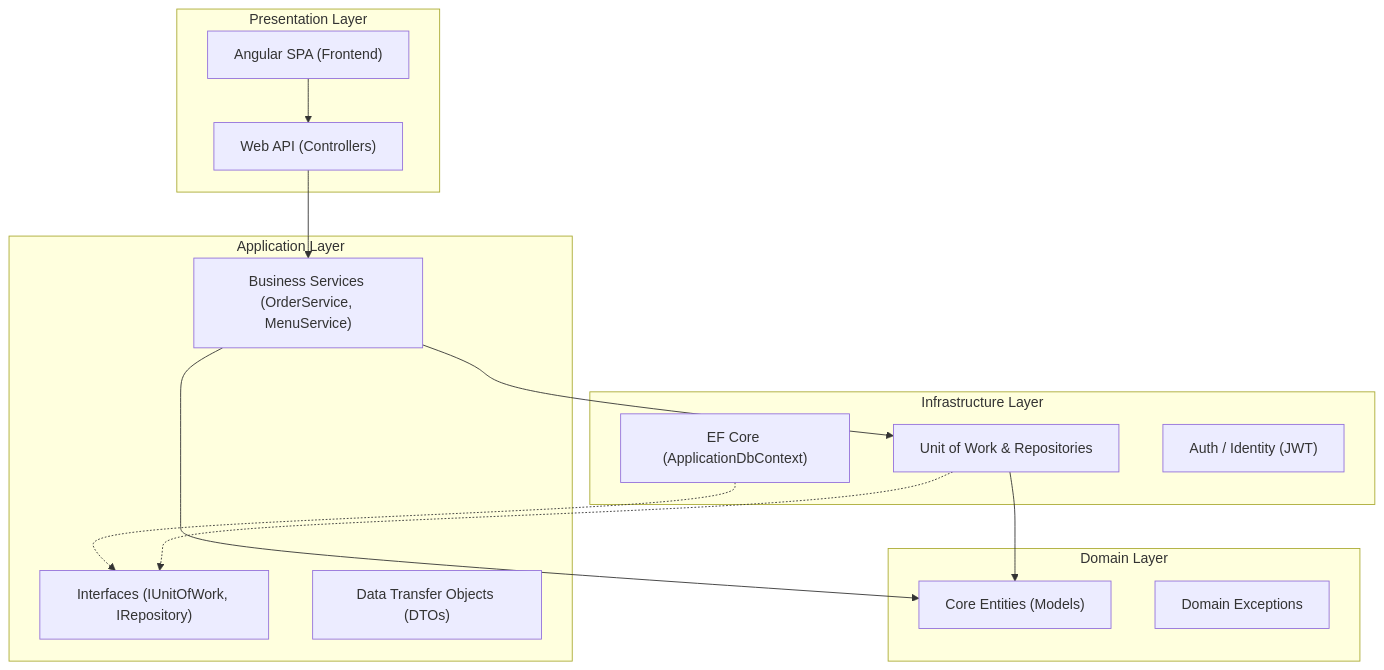
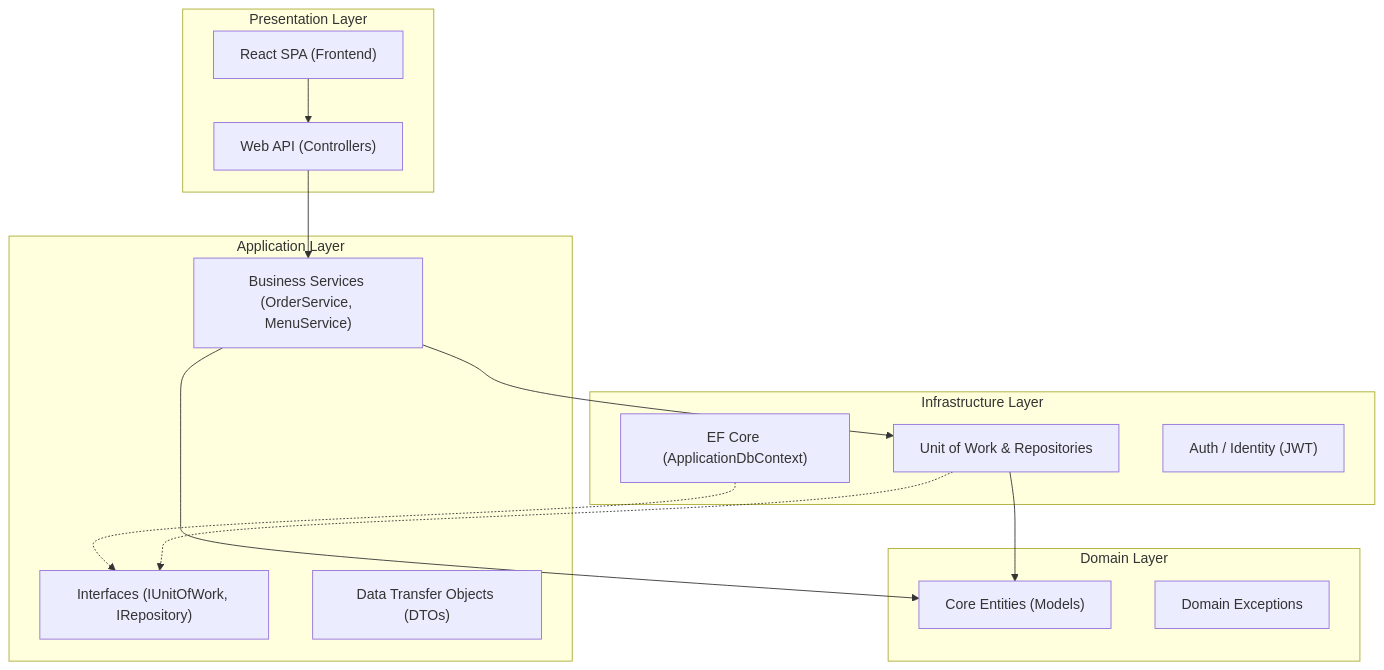
One commit to shams909/Restaurant-management-system changed the fourth of 6 diagrams in FINAL_MASTER_DOCUMENTATION.md. Above: the diagram before and after it, drawn with Mermaid. The commit also changed other lines of this file, not shown here.

Commit message:
docs: update architecture documentation to reflect transition from Angular to React and condense project timeline to 8 weeks

````diff
--- a/FINAL_MASTER_DOCUMENTATION.md
+++ b/FINAL_MASTER_DOCUMENTATION.md
@@ -136,32 +136,32 @@
 ```mermaid
 graph TD
     subgraph PresentationLayer [Presentation Layer]
-        UI["Angular SPA (Frontend)"]
+        UI["React SPA (Frontend)"]
         API["Web API (Controllers)"]
     end
     
     subgraph InfrastructureLayer [Infrastructure Layer]
         EFCore["EF Core (ApplicationDbContext)"]
         UoW["Unit of Work & Repositories"]
         Identity["Auth / Identity (JWT)"]
     end
     
     subgraph ApplicationLayer [Application Layer]
         Services["Business Services (OrderService, MenuService)"]
         Interfaces["Interfaces (IUnitOfWork, IRepository)"]
         DTO["Data Transfer Objects (DTOs)"]
     end
     
     subgraph DomainLayer [Domain Layer]
         Entities["Core Entities (Models)"]
         Exceptions["Domain Exceptions"]
     end
 
     UI --> API
     API --> Services
     EFCore -.-> Interfaces
     UoW -.-> Interfaces
     Services --> UoW
     Services --> Entities
     UoW --> Entities
 ```
````
